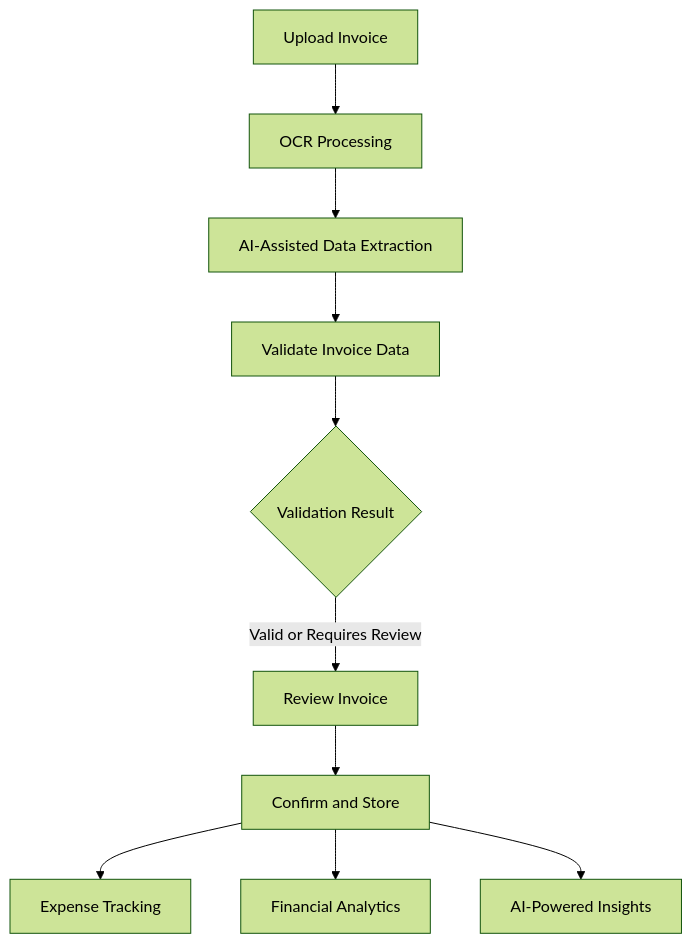
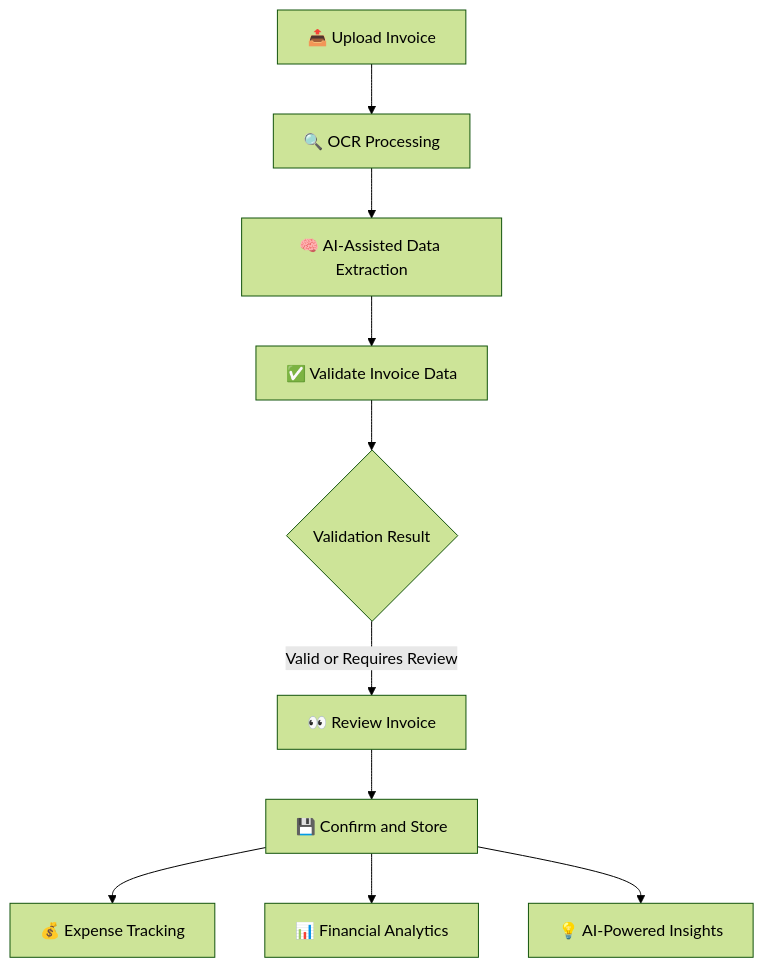
One commit to SakshiB30/InvoiceIQ changed the first of 2 diagrams in README.md. Above: the diagram before and after it, drawn with Mermaid (forest theme). The commit also changed other lines of this file, not shown here.

````diff
--- a/README.md
+++ b/README.md
@@ -97,12 +44,12 @@
 ```mermaid
 flowchart TD
-    A[Upload Invoice] --> B[OCR Processing]
-    B --> C[AI-Assisted Data Extraction]
-    C --> D[Validate Invoice Data]
+    A[📤 Upload Invoice] --> B[🔍 OCR Processing]
+    B --> C[🧠 AI-Assisted Data Extraction]
+    C --> D[✅ Validate Invoice Data]
     D --> E{Validation Result}
-    E -->|Valid or Requires Review| F[Review Invoice]
-    F --> G[Confirm and Store]
-    G --> H[Expense Tracking]
-    G --> I[Financial Analytics]
-    G --> J[AI-Powered Insights]
+    E -->|Valid or Requires Review| F[👀 Review Invoice]
+    F --> G[💾 Confirm and Store]
+    G --> H[💰 Expense Tracking]
+    G --> I[📊 Financial Analytics]
+    G --> J[💡 AI-Powered Insights]
 ```
````
